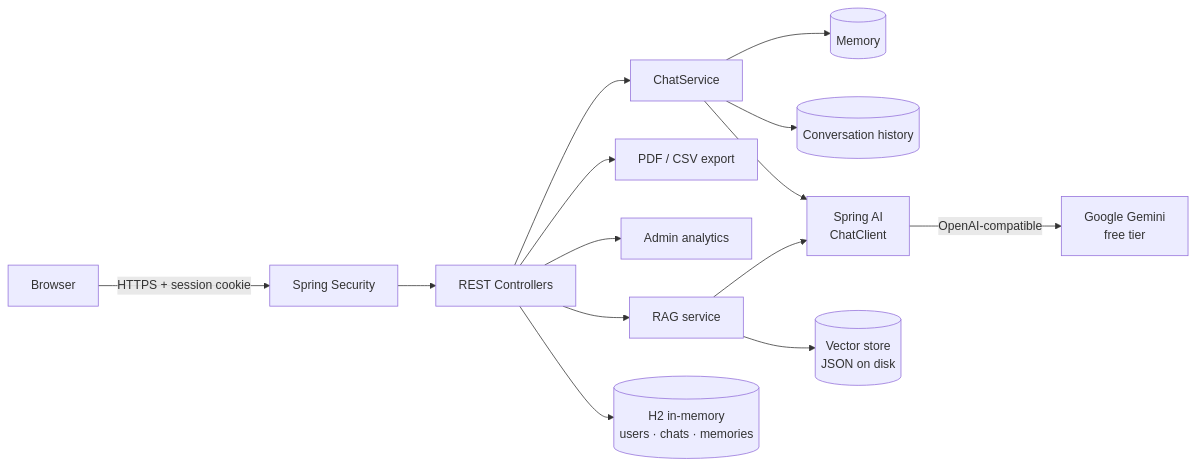
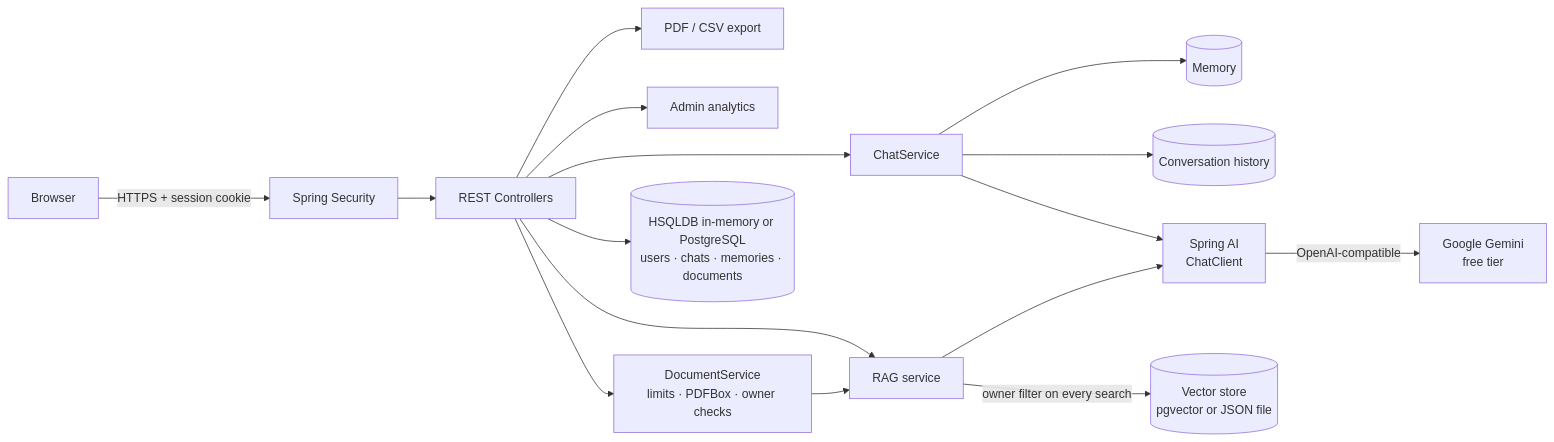
One commit to 2307shukla/ai-knowledge-assistant changed the diagram in README.md. Above: the diagram before and after it, drawn with Mermaid. The commit also changed other lines of this file and 58 other files, not shown here.

````diff
--- a/README.md
+++ b/README.md
@@ -40,19 +40,21 @@
 ```mermaid
 flowchart LR
     B[Browser] -->|HTTPS + session cookie| S[Spring Security]
     S --> C[REST Controllers]
 
     C --> CS[ChatService]
     CS --> MEM[(Memory)]
     CS --> HIST[(Conversation history)]
     CS --> AI[Spring AI<br/>ChatClient]
     AI -->|OpenAI-compatible| G[Google Gemini<br/>free tier]
 
     C --> EXP[PDF / CSV export]
     C --> ADM[Admin analytics]
     C --> RAG[RAG service]
-    RAG --> VS[(Vector store<br/>JSON on disk)]
+    C --> DOC[DocumentService<br/>limits · PDFBox · owner checks]
+    DOC --> RAG
+    RAG -->|owner filter on every search| VS[(Vector store<br/>pgvector or JSON file)]
     RAG --> AI
 
-    C --> DB[(H2 in-memory<br/>users · chats · memories)]
+    C --> DB[(HSQLDB in-memory or PostgreSQL<br/>users · chats · memories · documents)]
 ```
````
